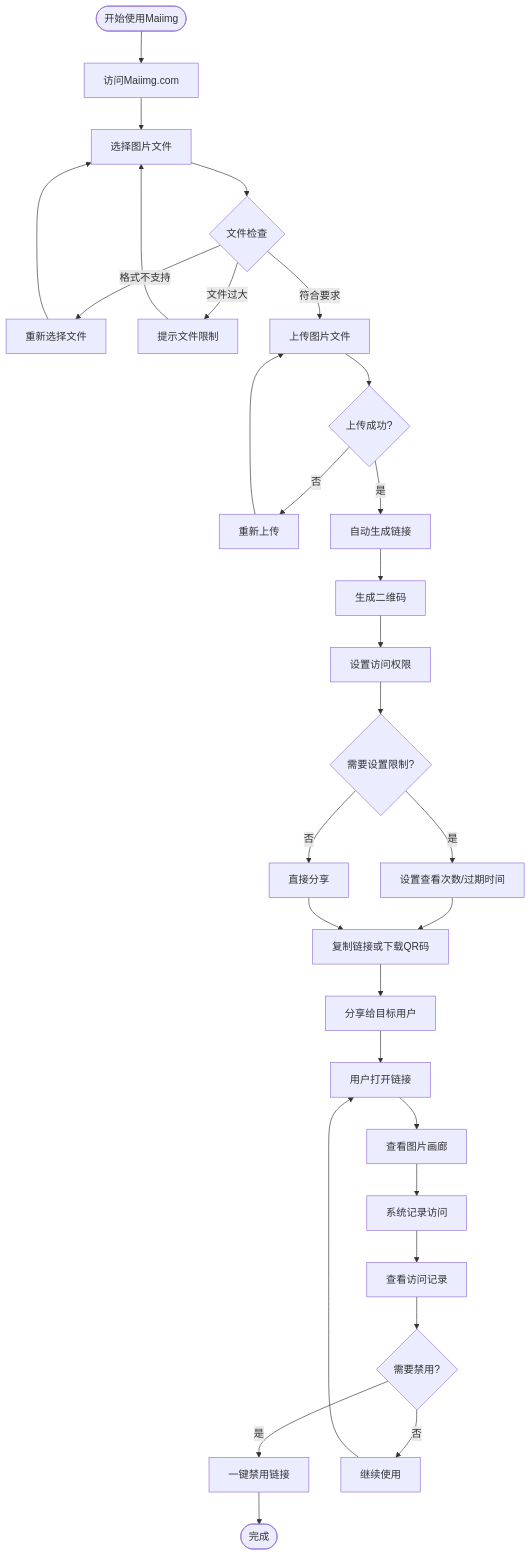
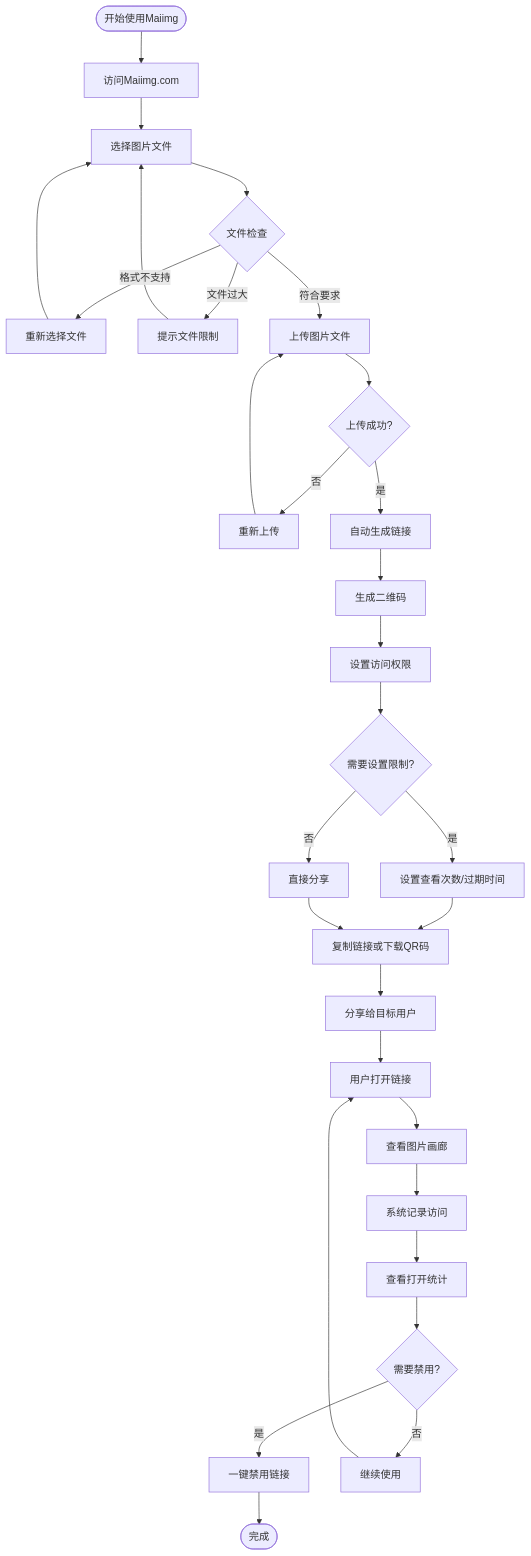
One commit to mythenigma/cloudflareAstro changed the third of 12 diagrams in src/content/blog/cn/image-sharing-introduction.md. Above: the diagram before and after it, drawn with Mermaid. The commit also changed other lines of this file and 353 other files, not shown here.

````diff
--- a/src/content/blog/cn/image-sharing-introduction.md
+++ b/src/content/blog/cn/image-sharing-introduction.md
@@ -82,32 +82,32 @@
 ```mermaid
 flowchart TD
     Start([开始使用Maiimg]) --> A[访问Maiimg.com]
     A --> B[选择图片文件]
     B --> C{文件检查}
     C -->|格式不支持| D[重新选择文件]
     D --> B
     C -->|文件过大| E[提示文件限制]
     E --> B
     C -->|符合要求| F[上传图片文件]
     F --> G{上传成功?}
     G -->|否| H[重新上传]
     H --> F
     G -->|是| I[自动生成链接]
     I --> J[生成二维码]
     J --> K[设置访问权限]
     K --> L{需要设置限制?}
     L -->|是| M[设置查看次数/过期时间]
     L -->|否| N[直接分享]
     M --> O[复制链接或下载QR码]
     N --> O
     O --> P[分享给目标用户]
     P --> Q[用户打开链接]
     Q --> R[查看图片画廊]
     R --> S[系统记录访问]
-    S --> T[查看访问记录]
+    S --> T[查看打开统计]
     T --> U{需要禁用?}
     U -->|是| V[一键禁用链接]
     U -->|否| W[继续使用]
     V --> End([完成])
     W --> Q
 ```
````
